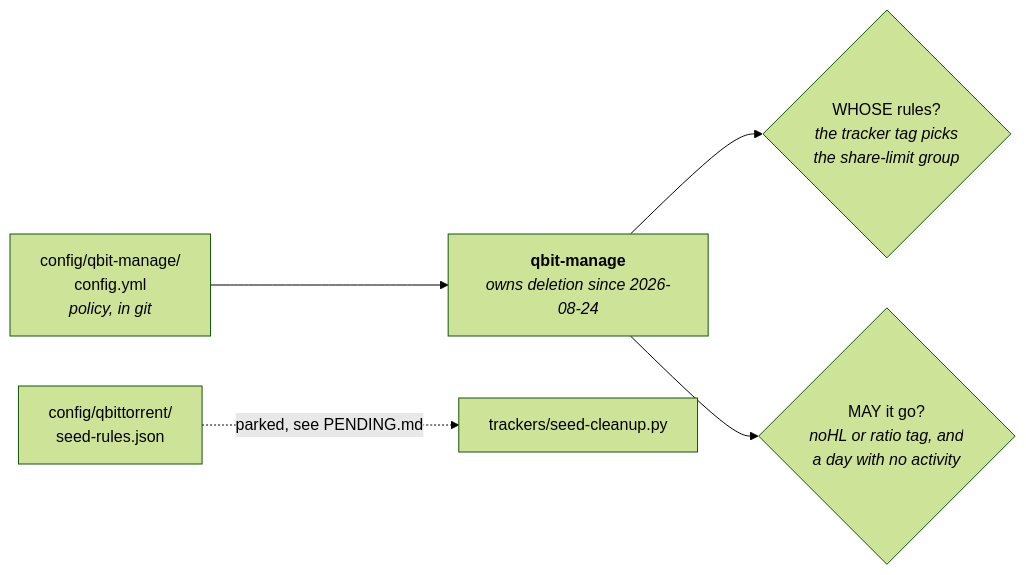
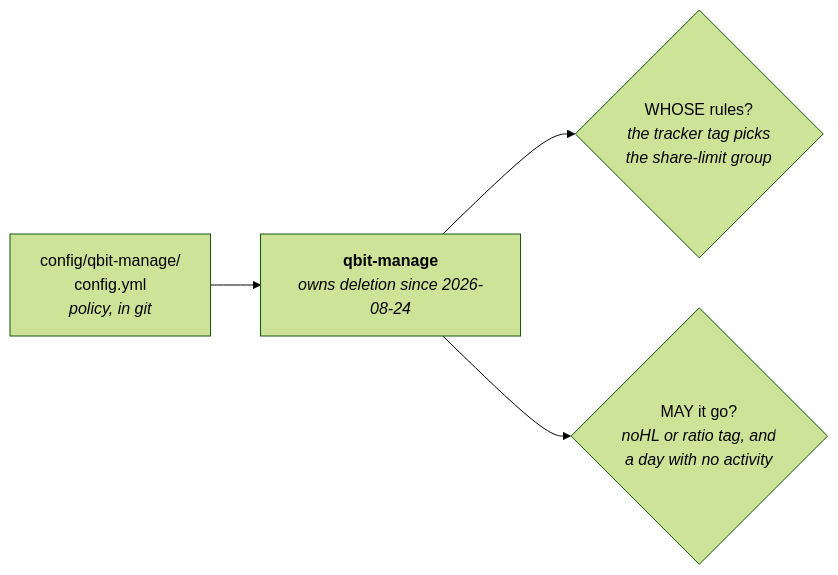
Before and after one commit to PlatanosVerdes/rpi-homeserver: the fifth of 7 diagrams in docs/architecture.md, drawn with Mermaid (forest theme). The commit also changed other lines of this file and 11 other files, not shown here.

````diff
--- a/docs/architecture.md
+++ b/docs/architecture.md
@@ -242,8 +241,7 @@
 ```mermaid
 flowchart LR
   QM["config/qbit-manage/<br/>config.yml<br/><i>policy, in git</i>"] --> QB
   QB["<b>qbit-manage</b><br/><i>owns deletion since 2026-08-24</i>"] --> Q1 & Q2
   Q1{"WHOSE rules?<br/><i>the tracker tag picks<br/>the share-limit group</i>"}
   Q2{"MAY it go?<br/><i>noHL or ratio tag, and<br/>a day with no activity</i>"}
-  SR["config/qbittorrent/<br/>seed-rules.json"] -.->|"parked, see PENDING.md"| SC["trackers/seed-cleanup.py"]
 ```
````
